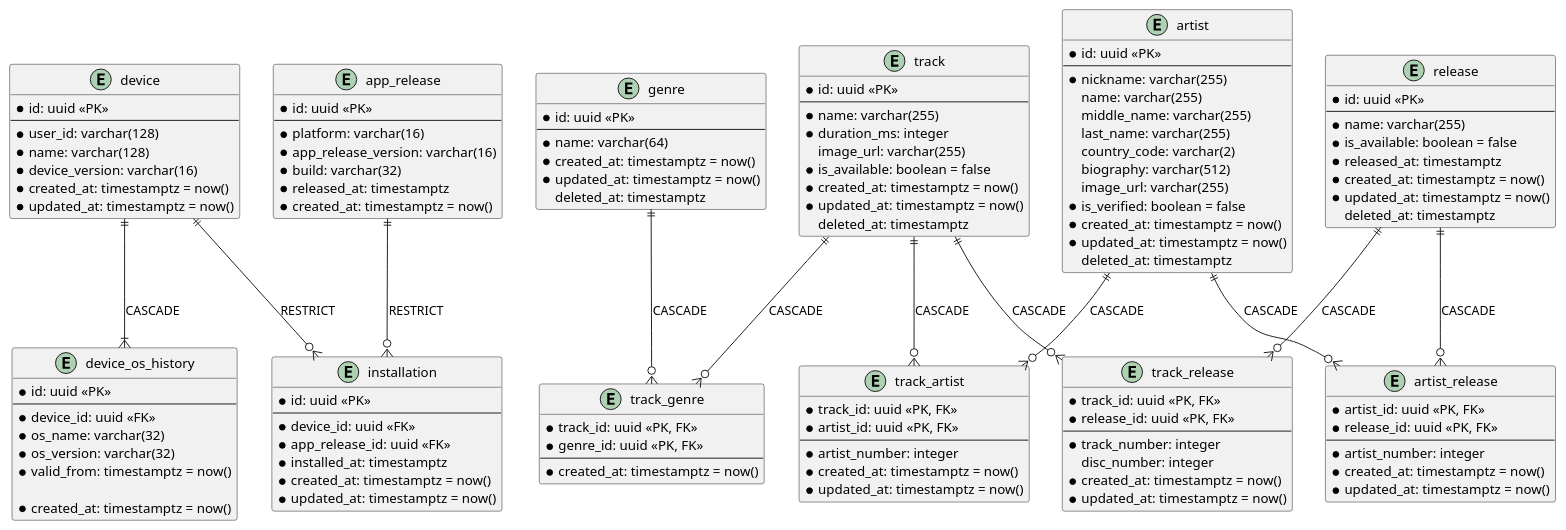
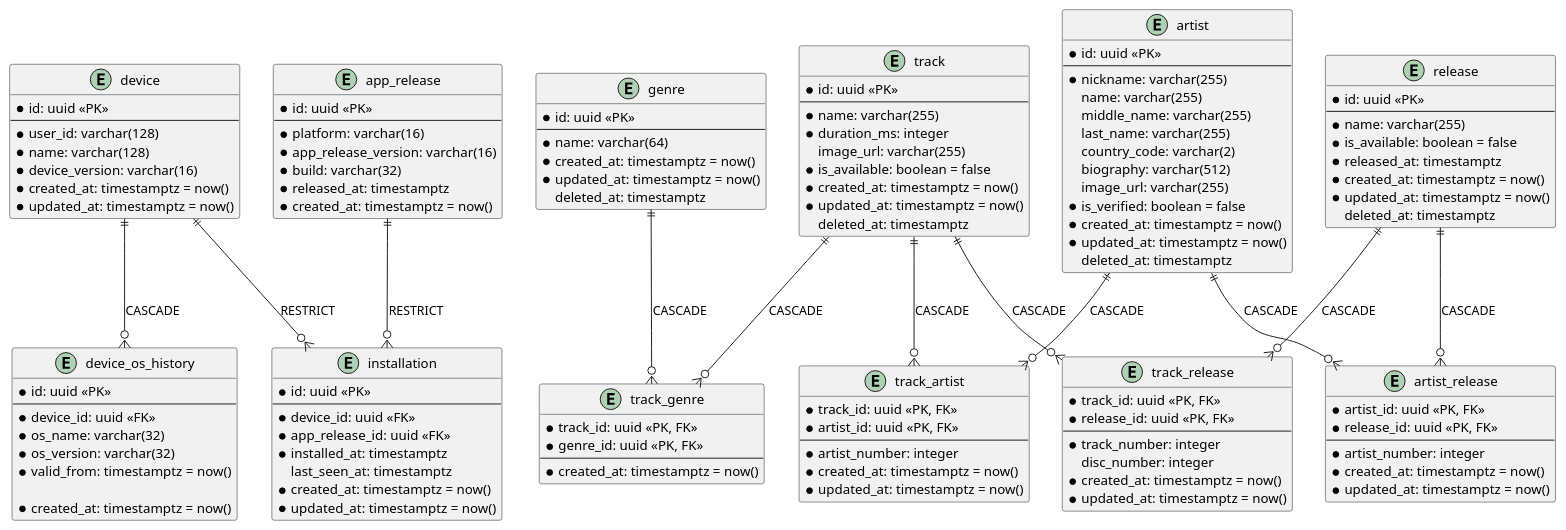
Before and after one commit to SINdeletE/music-stream-flow: the diagram in sql/music_oltp/docs/ddl.puml, drawn with PlantUML. The commit also changed 23 other files, not shown here.

```diff
--- a/sql/music_oltp/docs/ddl.puml
+++ b/sql/music_oltp/docs/ddl.puml
@@ -1,143 +1,144 @@
 @startuml
 
 entity device {
     * id: uuid <<PK>>
     --
     * user_id: varchar(128)
     * name: varchar(128)
     * device_version: varchar(16)
     * created_at: timestamptz = now()
     * updated_at: timestamptz = now()
 }
 
 entity device_os_history {
     * id: uuid <<PK>>
     --
     * device_id: uuid <<FK>>
     * os_name: varchar(32)
     * os_version: varchar(32)
     * valid_from: timestamptz = now()
 
     * created_at: timestamptz = now()
 }
 
 entity app_release {
     * id: uuid <<PK>>
     --
     * platform: varchar(16)
     * app_release_version: varchar(16)
     * build: varchar(32)
     * released_at: timestamptz
     * created_at: timestamptz = now()
 }
 
 entity installation {
     * id: uuid <<PK>>
     --
     * device_id: uuid <<FK>>
     * app_release_id: uuid <<FK>>
     * installed_at: timestamptz
+    last_seen_at: timestamptz
     * created_at: timestamptz = now()
     * updated_at: timestamptz = now()
 }
 
 entity track {
     * id: uuid <<PK>>
     --
     * name: varchar(255)
     * duration_ms: integer
     image_url: varchar(255)
     * is_available: boolean = false
     * created_at: timestamptz = now()
     * updated_at: timestamptz = now()
     deleted_at: timestamptz
 }
 
 entity genre {
     * id: uuid <<PK>>
     --
     * name: varchar(64)
     * created_at: timestamptz = now()
     * updated_at: timestamptz = now()
     deleted_at: timestamptz
 }
 
 entity artist {
     * id: uuid <<PK>>
     --
     * nickname: varchar(255)
     name: varchar(255)
     middle_name: varchar(255)
     last_name: varchar(255)
     country_code: varchar(2)
     biography: varchar(512)
     image_url: varchar(255)
     * is_verified: boolean = false
     * created_at: timestamptz = now()
     * updated_at: timestamptz = now()
     deleted_at: timestamptz
 }
 
 entity release {
     * id: uuid <<PK>>
     --
     * name: varchar(255)
     * is_available: boolean = false
     * released_at: timestamptz
     * created_at: timestamptz = now()
     * updated_at: timestamptz = now()
     deleted_at: timestamptz
 }
 
 entity track_genre {
     * track_id: uuid <<PK, FK>>
     * genre_id: uuid <<PK, FK>>
     --
     * created_at: timestamptz = now()
 }
 
 entity track_artist {
     * track_id: uuid <<PK, FK>>
     * artist_id: uuid <<PK, FK>>
     --
     * artist_number: integer
     * created_at: timestamptz = now()
     * updated_at: timestamptz = now()
 }
 
 entity track_release {
     * track_id: uuid <<PK, FK>>
     * release_id: uuid <<PK, FK>>
     --
     * track_number: integer
     disc_number: integer
     * created_at: timestamptz = now()
     * updated_at: timestamptz = now()
 }
 
 entity artist_release {
     * artist_id: uuid <<PK, FK>>
     * release_id: uuid <<PK, FK>>
     --
     * artist_number: integer
     * created_at: timestamptz = now()
     * updated_at: timestamptz = now()
 }
 
-device ||--|{ device_os_history : CASCADE
+device ||--o{ device_os_history : CASCADE
 device ||--o{ installation : RESTRICT
 app_release ||--o{ installation : RESTRICT
 
 track ||--o{ track_genre : CASCADE
 genre ||--o{ track_genre : CASCADE
 
 track ||--o{ track_artist : CASCADE
 artist ||--o{ track_artist : CASCADE
 
 track ||--o{ track_release : CASCADE
 release ||--o{ track_release : CASCADE
 
 artist ||--o{ artist_release : CASCADE
 release ||--o{ artist_release : CASCADE
 
 @enduml
```
